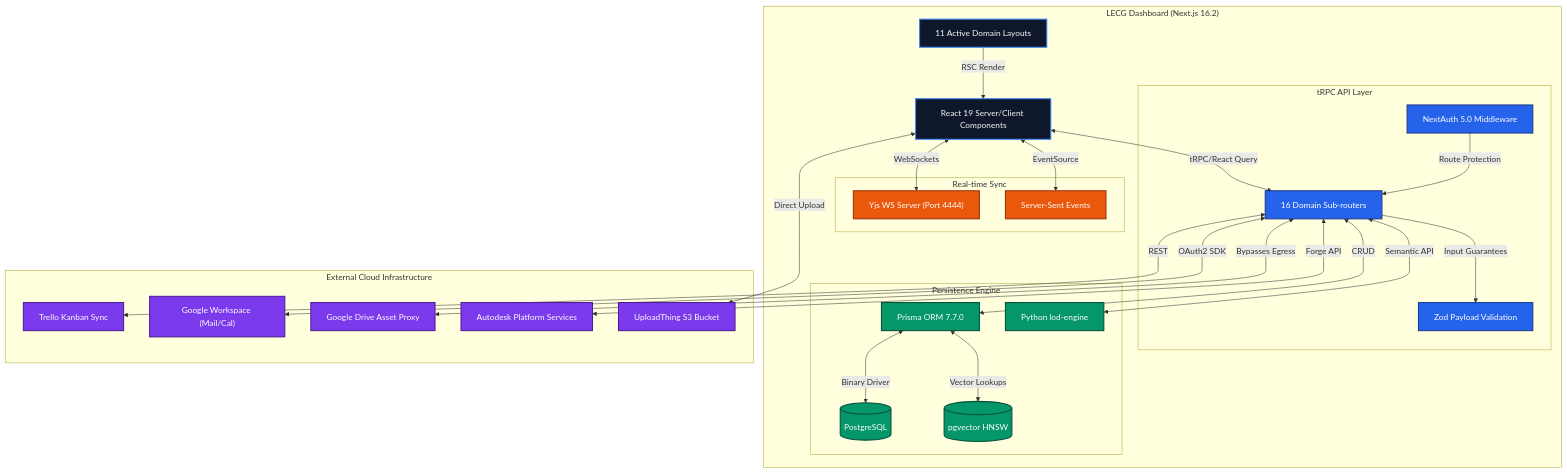
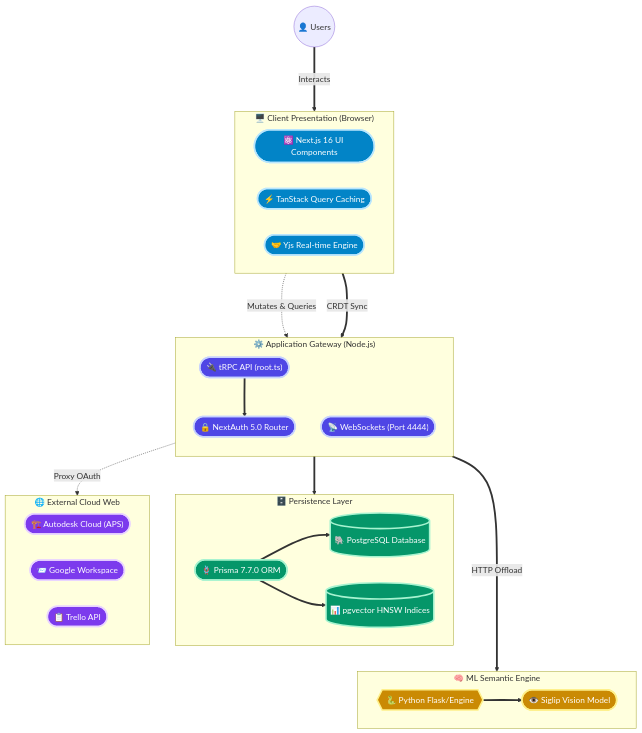
Before and after one commit to lecgarq/Dashboard: the first of 3 diagrams in .gsd/ARCHITECTURE.md, drawn with Mermaid. The commit also changed other lines of this file, not shown here.

Commit message:
docs: overhaul architecture maps into astonishing C4-style mermaid flowcharts

````diff
--- a/.gsd/ARCHITECTURE.md
+++ b/.gsd/ARCHITECTURE.md
@@ -7,57 +8,61 @@
 ```mermaid
-graph TD
-    classDef framework fill:#0f172a,stroke:#3b82f6,stroke-width:2px,color:#f8fafc
-    classDef realtime fill:#ea580c,stroke:#9a3412,stroke-width:2px,color:#fff
-    classDef api fill:#2563eb,stroke:#1e3a8a,stroke-width:2px,color:#fff
-    classDef data fill:#059669,stroke:#064e3b,stroke-width:2px,color:#fff
-    classDef cloud fill:#7c3aed,stroke:#4c1d95,stroke-width:2px,color:#fff
+flowchart TB
+    %% Thematic Colors & Astonishing Shapes
+    classDef ui fill:#0284c7,stroke:#bae6fd,stroke-width:3px,color:#fff,rx:20,ry:20
+    classDef api fill:#4f46e5,stroke:#c7d2fe,stroke-width:3px,color:#fff,rx:20,ry:20
+    classDef db fill:#059669,stroke:#a7f3d0,stroke-width:3px,color:#fff,rx:20,ry:20
+    classDef external fill:#7c3aed,stroke:#e9d5ff,stroke-width:3px,color:#fff,rx:20,ry:20
+    classDef ai fill:#ca8a04,stroke:#fef08a,stroke-width:3px,color:#fff,rx:20,ry:20
+
+    User((👤 Users))
     
-    subgraph Core ["LECG Dashboard (Next.js 16.2)"]
-        UI["React 19 Server/Client Components"]:::framework
-        Pages["11 Active Domain Layouts"]:::framework
-        
-        subgraph Realtime ["Real-time Sync"]
-            YJS["Yjs WS Server (Port 4444)"]:::realtime
-            SSE["Server-Sent Events"]:::realtime
-        end
-        
-        subgraph Backend ["tRPC API Layer"]
-            TRPC["16 Domain Sub-routers"]:::api
-            Zod["Zod Payload Validation"]:::api
-            Auth["NextAuth 5.0 Middleware"]:::api
-        end
-        
-        subgraph DataLayer ["Persistence Engine"]
-            Prisma["Prisma ORM 7.7.0"]:::data
-            DB[("PostgreSQL")]:::data
-            PGV[("pgvector HNSW")]:::data
-            LOD["Python lod-engine"]:::data
-        end
+    subgraph Frontend["🖥️ Client Presentation (Browser)"]
+        direction LR
+        UI(["⚛️ Next.js 16 UI Components"]):::ui
+        State(["⚡ TanStack Query Caching"]):::ui
+        Sync(["🤝 Yjs Real-time Engine"]):::ui
     end
     
-    subgraph ThirdParty ["External Cloud Infrastructure"]
-        Trello["Trello Kanban Sync"]:::cloud
-        Google["Google Workspace (Mail/Cal)"]:::cloud
-        Drive["Google Drive Asset Proxy"]:::cloud
-        APS["Autodesk Platform Services"]:::cloud
-        UT["UploadThing S3 Bucket"]:::cloud
+    subgraph Backend["⚙️ Application Gateway (Node.js)"]
+        direction TB
+        RPC(["🔌 tRPC API (root.ts)"]):::api
+        Auth(["🔒 NextAuth 5.0 Router"]):::api
+        Sockets(["📡 WebSockets (Port 4444)"]):::api
+    end
+    
+    subgraph DataSpace["🗄️ Persistence Layer"]
+        direction LR
+        ORM(["🪢 Prisma 7.7.0 ORM"]):::db
+        PG[(🐘 PostgreSQL Database)]:::db
+        Vector[(📊 pgvector HNSW Indices)]:::db
+    end
+    
+    subgraph Inference["🧠 ML Semantic Engine"]
+        direction LR
+        Python{{"🐍 Python Flask/Engine"}}:::ai
+        Model(["👁️ Siglip Vision Model"]):::ai
+    end
+    
+    subgraph Cloud["🌐 External Cloud Web"]
+        direction LR
+        APS(["🏗️ Autodesk Cloud (APS)"]):::external
+        GCP(["📨 Google Workspace"]):::external
+        Trello(["📋 Trello API"]):::external
     end
 
-    UI <-->|"WebSockets"| YJS
-    UI <-->|"EventSource"| SSE
-    Pages -->|"RSC Render"| UI
-    UI <-->|"tRPC/React Query"| TRPC
-    TRPC -->|"Input Guarantees"| Zod
-    Auth -->|"Route Protection"| TRPC
+    %% Interactions
+    User == "Interacts" ===> Frontend
     
-    TRPC <-->|"CRUD"| Prisma
-    TRPC <-->|"Semantic API"| LOD
-    Prisma <-->|"Binary Driver"| DB
-    Prisma <-->|"Vector Lookups"| PGV
+    UI -. "Mutates & Queries" .-> RPC
+    Sync == "CRDT Sync" ===> Sockets
     
-    TRPC <-->|"REST"| Trello
-    TRPC <-->|"OAuth2 SDK"| Google
-    TRPC <-->|"Bypasses Egress"| Drive
-    TRPC <-->|"Forge API"| APS
-    UI <-->|"Direct Upload"| UT
+    RPC ==> Auth
+    Auth ==> ORM
+    ORM ==> PG
+    ORM ==> Vector
+    
+    RPC == "HTTP Offload" ===> Python
+    Python ==> Model
+    
+    RPC -. "Proxy OAuth" .-> Cloud
 ```
````
